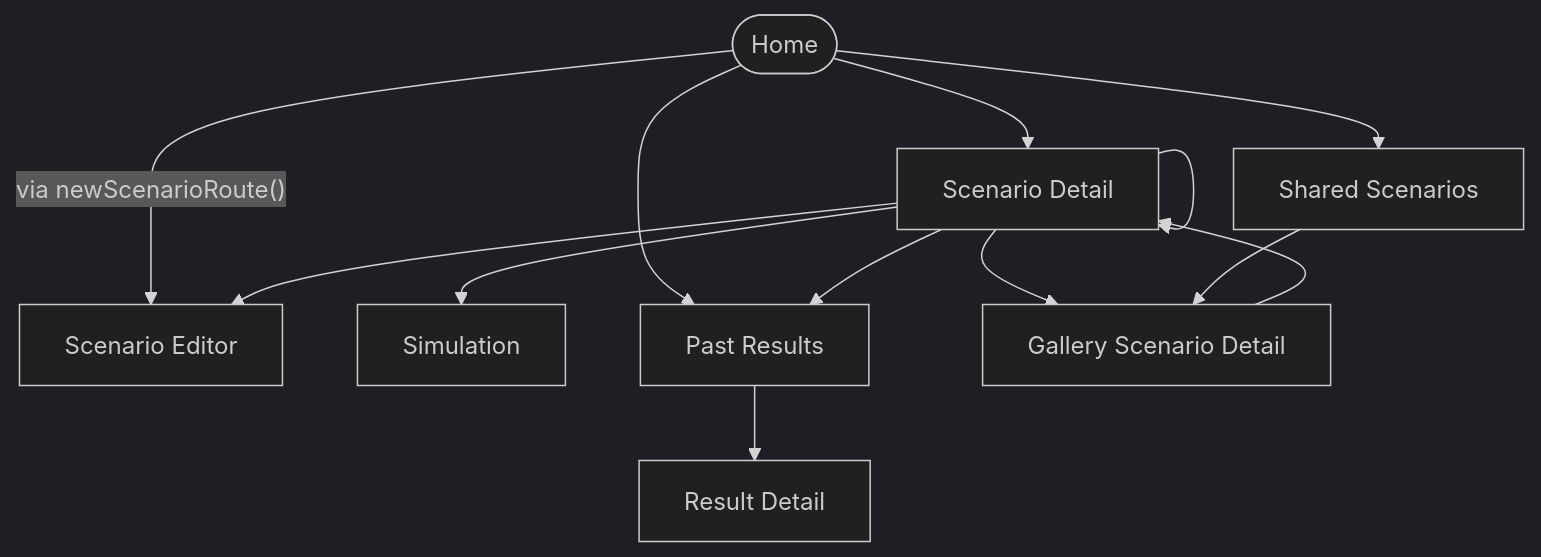
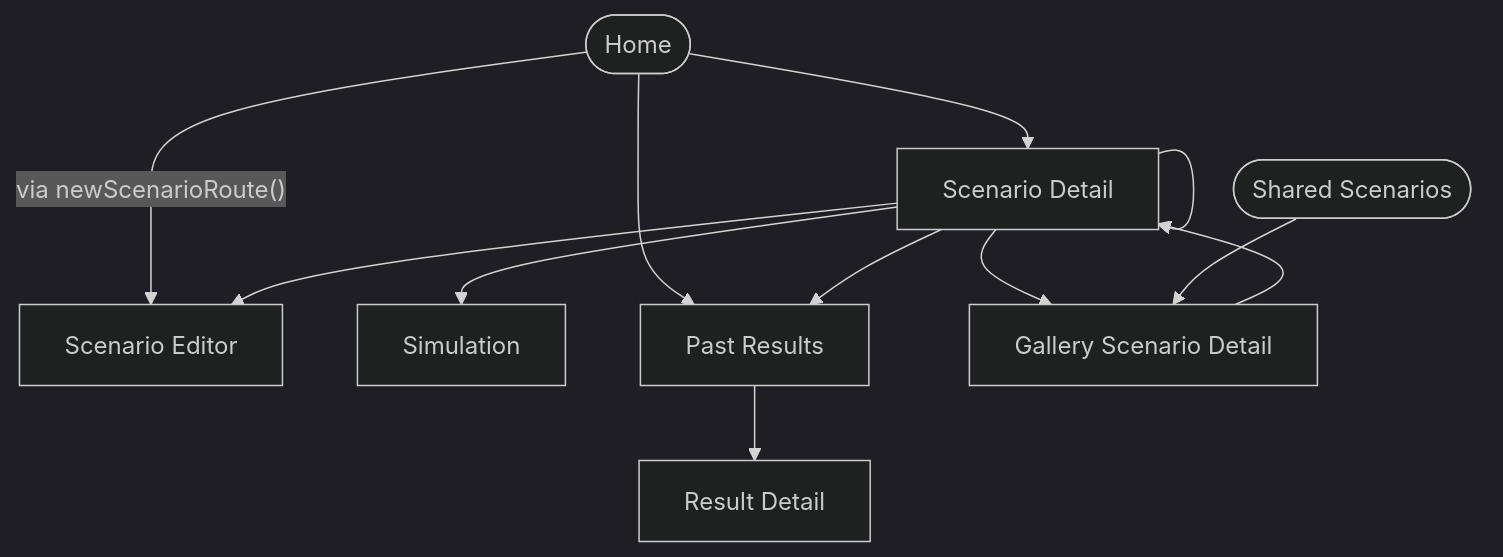
Before and after one commit to tyabu12/pastura: the diagram in docs/design/navigation-map.md, drawn with Mermaid (dark theme). The commit also changed other lines of this file and 1 other file, not shown here.

````diff
--- a/docs/design/navigation-map.md
+++ b/docs/design/navigation-map.md
@@ -13,23 +14,22 @@
 ```mermaid
 flowchart TD
   home([Home])
+  sharedScenarios([Shared Scenarios])
   scenarioDetail["Scenario Detail"]
   editor["Scenario Editor"]
   simulation["Simulation"]
   results["Past Results"]
   resultDetail["Result Detail"]
-  sharedScenarios["Shared Scenarios"]
   galleryScenarioDetail["Gallery Scenario Detail"]
   galleryScenarioDetail --> scenarioDetail
   home -->|"via newScenarioRoute()"| editor
   home --> results
   home --> scenarioDetail
-  home --> sharedScenarios
   results --> resultDetail
   scenarioDetail --> editor
   scenarioDetail --> galleryScenarioDetail
   scenarioDetail --> results
   scenarioDetail --> scenarioDetail
   scenarioDetail --> simulation
   sharedScenarios --> galleryScenarioDetail
 ```
````
